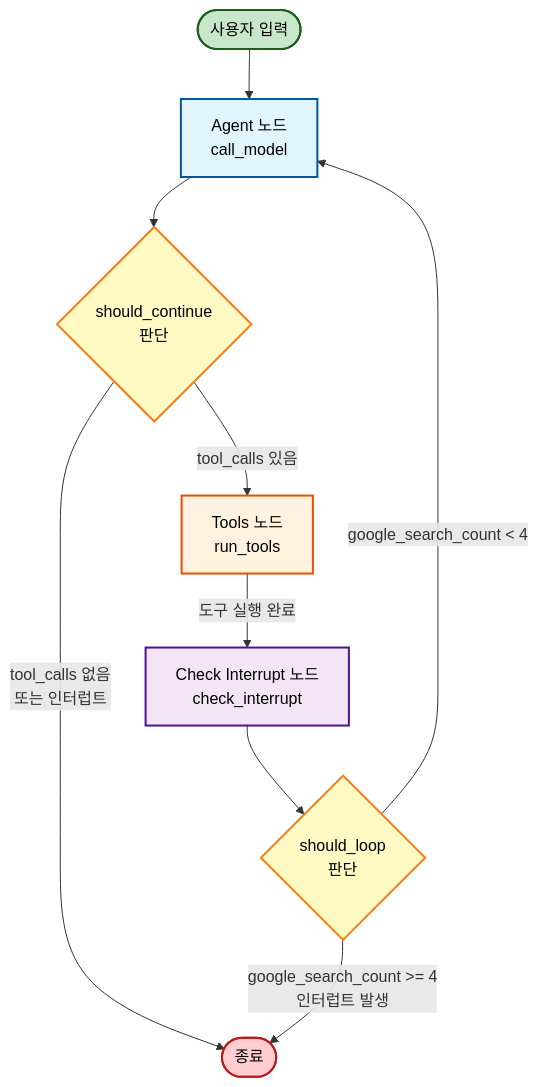
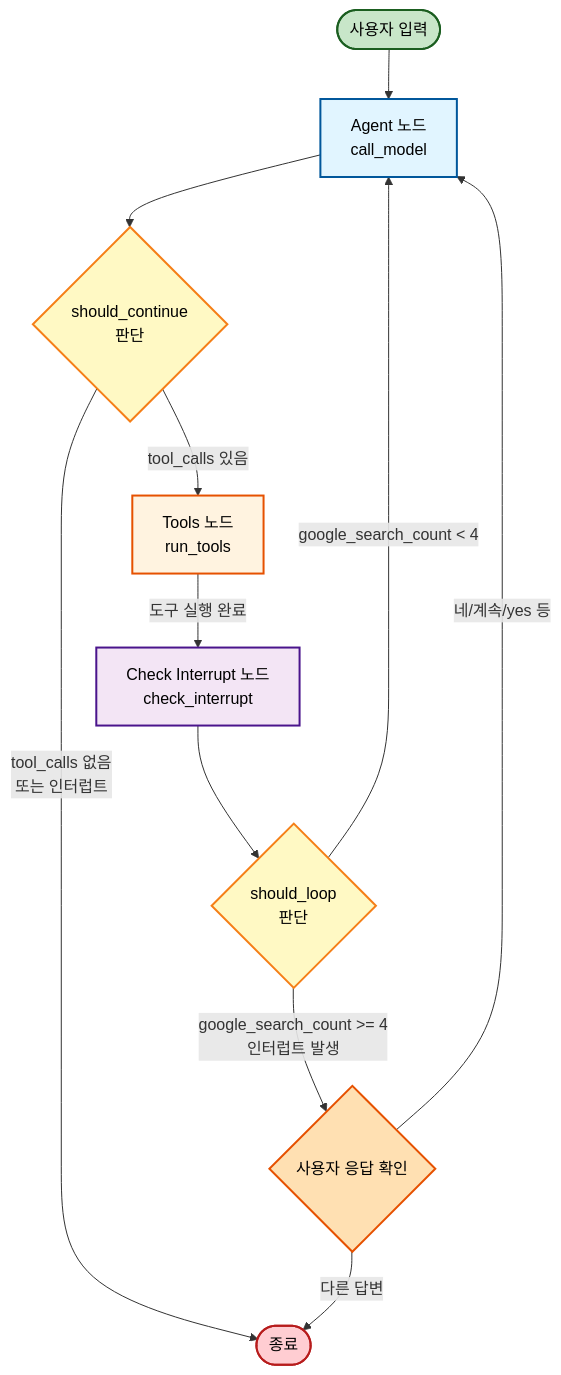
The diagram in README.md (Mogoldong/final-project-AI), drawn with Mermaid before and after one commit. The commit also changed other lines of this file, not shown here.

````diff
--- a/README.md
+++ b/README.md
@@ -7,24 +7,28 @@
 ```mermaid
 graph TD
     Start([사용자 입력]) --> Agent[Agent 노드<br/>call_model]
     
     Agent --> Decision1{should_continue<br/>판단}
     
     Decision1 -->|tool_calls 있음| Tools[Tools 노드<br/>run_tools]
     Decision1 -->|tool_calls 없음<br/>또는 인터럽트| End([종료])
     
     Tools -->|도구 실행 완료| CheckInt[Check Interrupt 노드<br/>check_interrupt]
     
     CheckInt --> Decision2{should_loop<br/>판단}
     
     Decision2 -->|google_search_count < 4| Agent
-    Decision2 -->|google_search_count >= 4<br/>인터럽트 발생| End
+    Decision2 -->|google_search_count >= 4<br/>인터럽트 발생| WaitUser{사용자 응답 확인}
+    
+    WaitUser -->|네/계속/yes 등| Agent
+    WaitUser -->|다른 답변| End
     
     style Agent fill:#e1f5ff,stroke:#01579b,stroke-width:2px,color:#000
     style Tools fill:#fff3e0,stroke:#e65100,stroke-width:2px,color:#000
     style CheckInt fill:#f3e5f5,stroke:#4a148c,stroke-width:2px,color:#000
     style Decision1 fill:#fff9c4,stroke:#f57f17,stroke-width:2px,color:#000
     style Decision2 fill:#fff9c4,stroke:#f57f17,stroke-width:2px,color:#000
+    style WaitUser fill:#ffe0b2,stroke:#e65100,stroke-width:2px,color:#000
     style Start fill:#c8e6c9,stroke:#1b5e20,stroke-width:2px,color:#000
     style End fill:#ffcdd2,stroke:#b71c1c,stroke-width:2px,color:#000
 ```
````
